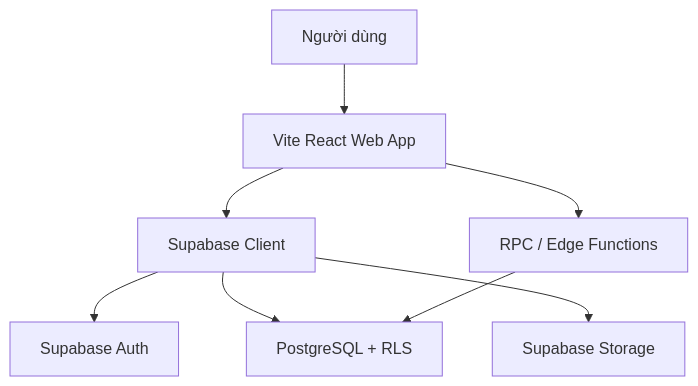
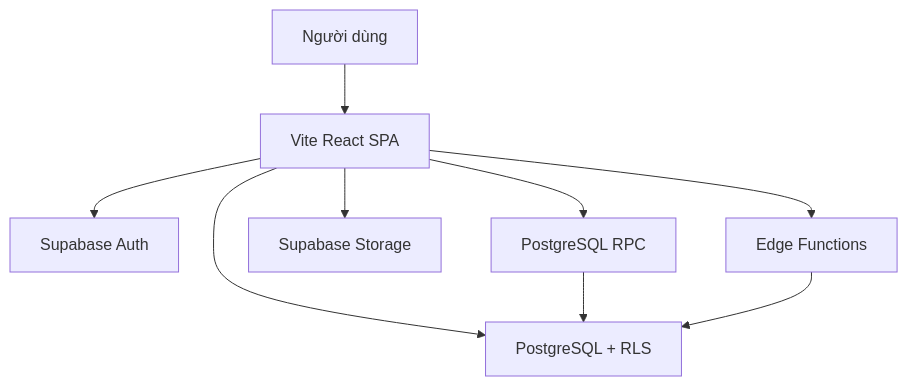
Before and after one commit to phong-dokhoahai/nam-phong-store: the first of 6 diagrams in docs/ARCHITECTURE.md, drawn with Mermaid. The commit also changed other lines of this file and 23 other files, not shown here.

````diff
--- a/docs/ARCHITECTURE.md
+++ b/docs/ARCHITECTURE.md
@@ -59,10 +38,11 @@
 ```mermaid
 flowchart TD
-    U["Người dùng"] --> W["Vite React Web App"]
-    W --> SC["Supabase Client"]
-    SC --> A["Supabase Auth"]
-    SC --> P["PostgreSQL + RLS"]
-    SC --> S["Supabase Storage"]
-    W --> EF["RPC / Edge Functions"]
-    EF --> P
+    U["Người dùng"] --> APP["Vite React SPA"]
+    APP --> AUTH["Supabase Auth"]
+    APP --> DB["PostgreSQL + RLS"]
+    APP --> RPC["PostgreSQL RPC"]
+    APP --> STORAGE["Supabase Storage"]
+    APP --> EDGE["Edge Functions"]
+    RPC --> DB
+    EDGE --> DB
 ```
````
